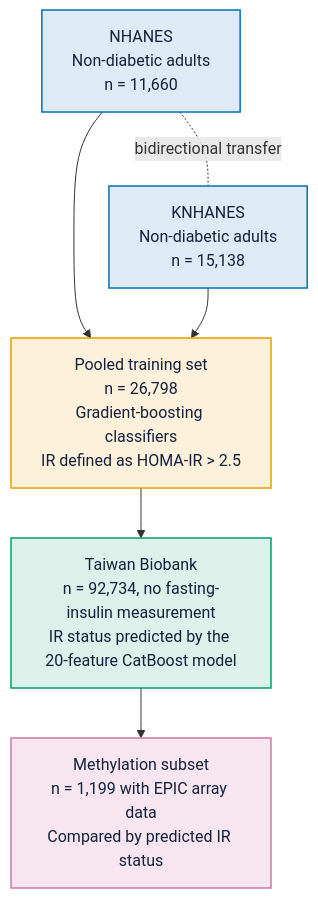
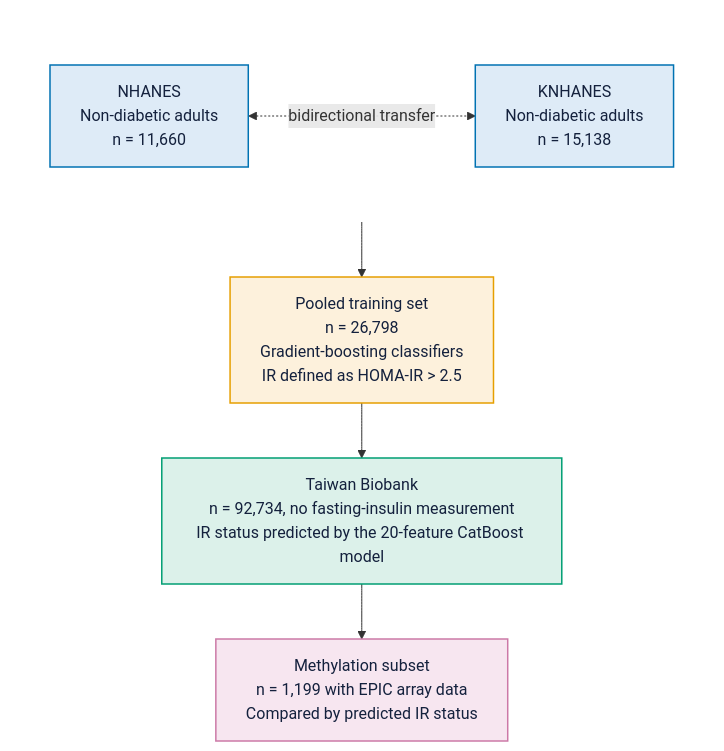
Before and after one commit to changlabtw/CrossIR: the diagram in README.md, drawn with Mermaid. The commit also changed other lines of this file and 1 other file, not shown here.

Commit message:
Put the two training cohorts side by side in the study-design figure
Mermaid ranks a linked pair vertically, so the edge carrying "bidirectional
transfer" was pushing KNHANES a row below NHANES and the two cohorts read as
sequential rather than parallel. Wrapping them in a subgraph with direction LR
fixes the rank, with the transfer label between them where it belongs. The
subgraph is styled invisible and links to the pooled set as a whole, because
Mermaid ignores a subgraph's direction as soon as a node inside it links out.
An init directive widens the node spacing and stops the longer labels wrapping
mid-phrase. Checked against mermaid 11 in both the light and dark themes.

The TikZ figure already had the two side by side; its gap widens to 42mm to
match, and the label now sits on the connector rather than above it. Still not
compiled here -- there is no LaTeX toolchain on this machine.

The README title is now the manuscript title.

````diff
--- a/README.md
+++ b/README.md
@@ -24,24 +24,28 @@
 ```mermaid
+%%{init: {'flowchart': {'nodeSpacing': 90, 'rankSpacing': 55, 'wrappingWidth': 340}}}%%
 flowchart TB
-    NHANES["NHANES<br/>Non-diabetic adults<br/>n = 11,660"]
-    KNHANES["KNHANES<br/>Non-diabetic adults<br/>n = 15,138"]
+    subgraph COHORTS[" "]
+        direction LR
+        NHANES["NHANES<br/>Non-diabetic adults<br/>n = 11,660"]
+        KNHANES["KNHANES<br/>Non-diabetic adults<br/>n = 15,138"]
+        NHANES <-.->|bidirectional transfer| KNHANES
+    end
     POOLED["Pooled training set<br/>n = 26,798<br/>Gradient-boosting classifiers<br/>IR defined as HOMA-IR &gt; 2.5"]
     TWB["Taiwan Biobank<br/>n = 92,734, no fasting-insulin measurement<br/>IR status predicted by the 20-feature CatBoost model"]
     MET["Methylation subset<br/>n = 1,199 with EPIC array data<br/>Compared by predicted IR status"]
 
-    NHANES -.-|bidirectional transfer| KNHANES
-    NHANES --> POOLED
-    KNHANES --> POOLED
+    COHORTS --> POOLED
     POOLED --> TWB
     TWB --> MET
 
     classDef cohort fill:#DEEBF7,stroke:#0072B2,stroke-width:1.5px,color:#14213D
     classDef pooled fill:#FDF1DC,stroke:#E69F00,stroke-width:1.5px,color:#14213D
     classDef external fill:#DCF1EA,stroke:#009E73,stroke-width:1.5px,color:#14213D
     classDef omics fill:#F7E6F0,stroke:#CC79A7,stroke-width:1.5px,color:#14213D
 
     class NHANES,KNHANES cohort
     class POOLED pooled
     class TWB external
     class MET omics
+    style COHORTS fill:none,stroke:none
 ```
````
